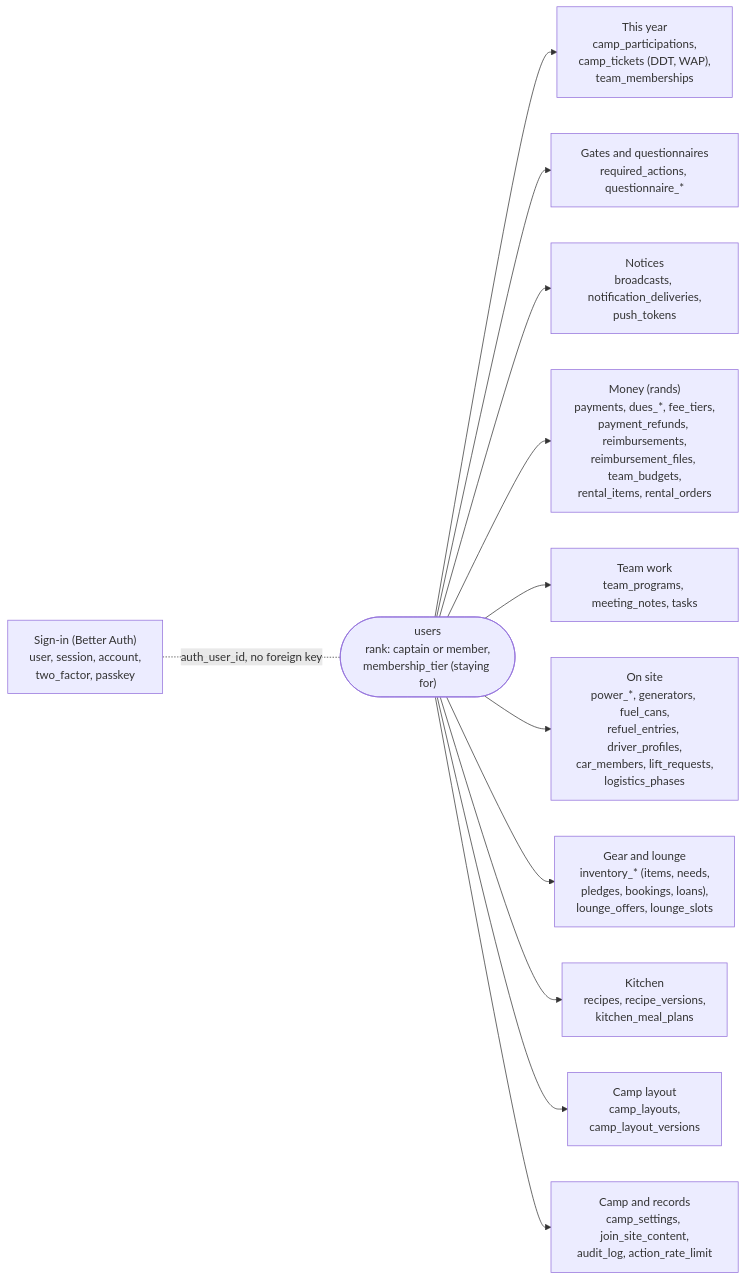
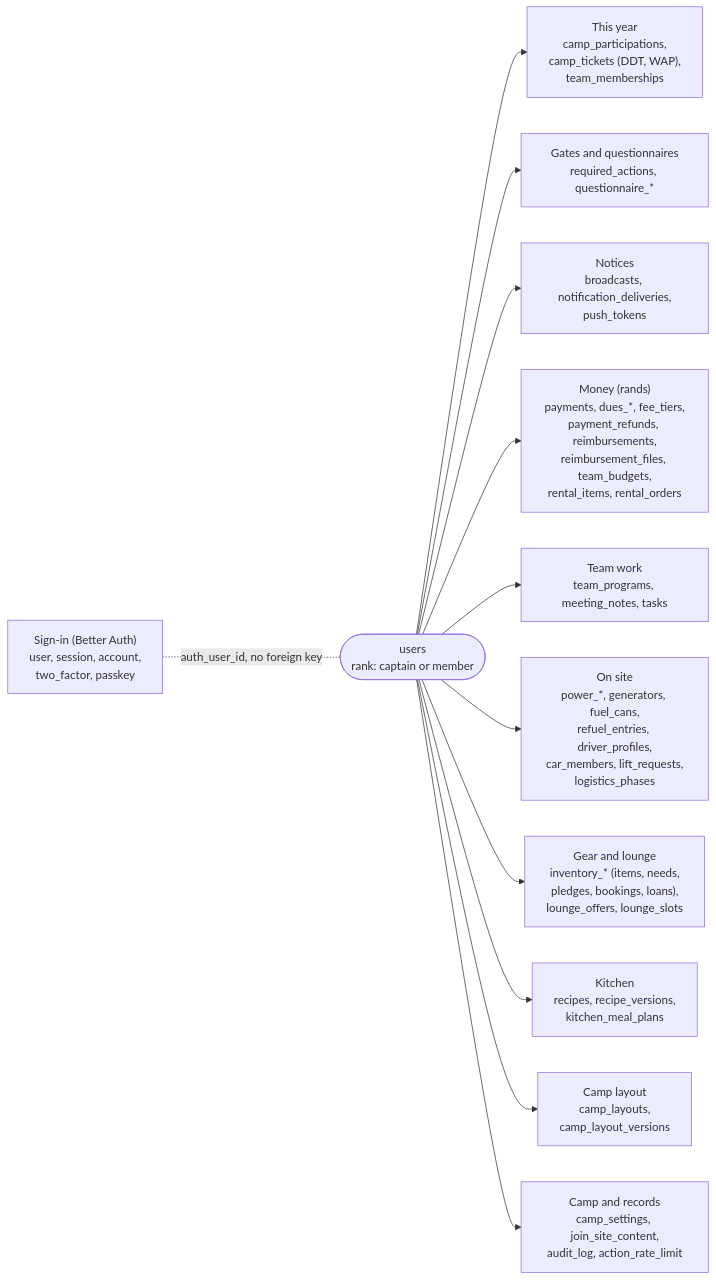
Before and after one commit to RyRy79261/camp-404: the fifth of 6 diagrams in docs/architecture.md, drawn with Mermaid. The commit also changed 43 other files, not shown here.

````diff
--- a/docs/architecture.md
+++ b/docs/architecture.md
@@ -137,19 +137,19 @@
 ```mermaid
 flowchart LR
   authT["Sign-in (Better Auth)<br/>user, session, account,<br/>two_factor, passkey"]
-  users(["users<br/>rank: captain or member,<br/>membership_tier (staying for)"])
+  users(["users<br/>rank: captain or member"])
   year["This year<br/>camp_participations,<br/>camp_tickets (DDT, WAP),<br/>team_memberships"]
   gates["Gates and questionnaires<br/>required_actions, questionnaire_*"]
   notes["Notices<br/>broadcasts, notification_deliveries,<br/>push_tokens"]
   money["Money (rands)<br/>payments, dues_*, fee_tiers,<br/>payment_refunds, reimbursements,<br/>reimbursement_files, team_budgets,<br/>rental_items, rental_orders"]
   teams["Team work<br/>team_programs, meeting_notes, tasks"]
   site["On site<br/>power_*, generators, fuel_cans,<br/>refuel_entries, driver_profiles,<br/>car_members, lift_requests,<br/>logistics_phases"]
   gear["Gear and lounge<br/>inventory_* (items, needs,<br/>pledges, bookings, loans),<br/>lounge_offers, lounge_slots"]
   layout["Camp layout<br/>camp_layouts,<br/>camp_layout_versions"]
   kitchen["Kitchen<br/>recipes, recipe_versions,<br/>kitchen_meal_plans"]
   config["Camp and records<br/>camp_settings, join_site_content,<br/>audit_log, action_rate_limit"]
   authT -. auth_user_id, no foreign key .- users
   users --> year & gates & notes & money
   users --> teams & site & gear & kitchen
   users --> layout & config
 ```
````
